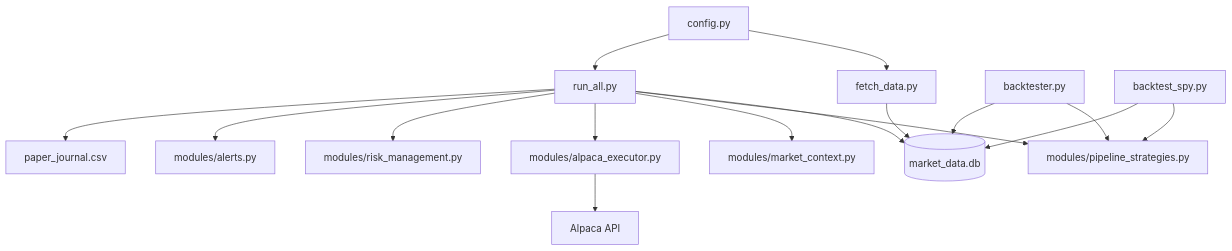
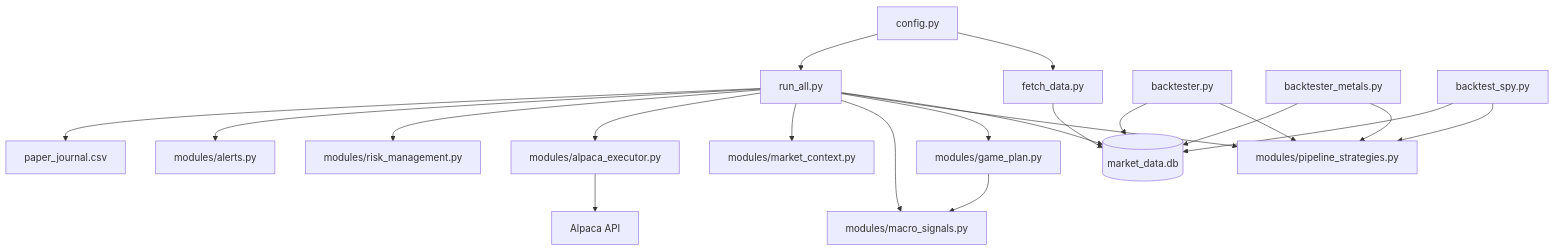
The diagram in README.md (dawimberly/trading-bot), drawn with Mermaid before and after one commit. The commit also changed other lines of this file and 19 other files, not shown here.

Commit message:
Add live game plan with validated metal sleeve weights and macro backtests.

````diff
--- a/README.md
+++ b/README.md
@@ -7,18 +7,23 @@
 ```mermaid
 flowchart TB
   config[config.py] --> fetchData[fetch_data.py]
   config --> runAll[run_all.py]
   fetchData --> db[(market_data.db)]
   runAll --> db
   runAll --> strategies[modules/pipeline_strategies.py]
+  runAll --> gamePlan[modules/game_plan.py]
+  runAll --> macroSig[modules/macro_signals.py]
   runAll --> marketCtx[modules/market_context.py]
   runAll --> executor[modules/alpaca_executor.py]
   runAll --> risk[modules/risk_management.py]
   runAll --> alerts[modules/alerts.py]
   runAll --> journal[paper_journal.csv]
+  gamePlan --> macroSig
   backtester[backtester.py] --> strategies
+  backtestMetals[backtester_metals.py] --> strategies
   backtestSpy[backtest_spy.py] --> strategies
   backtester --> db
+  backtestMetals --> db
   backtestSpy --> db
   executor --> alpaca[Alpaca API]
 ```
````
